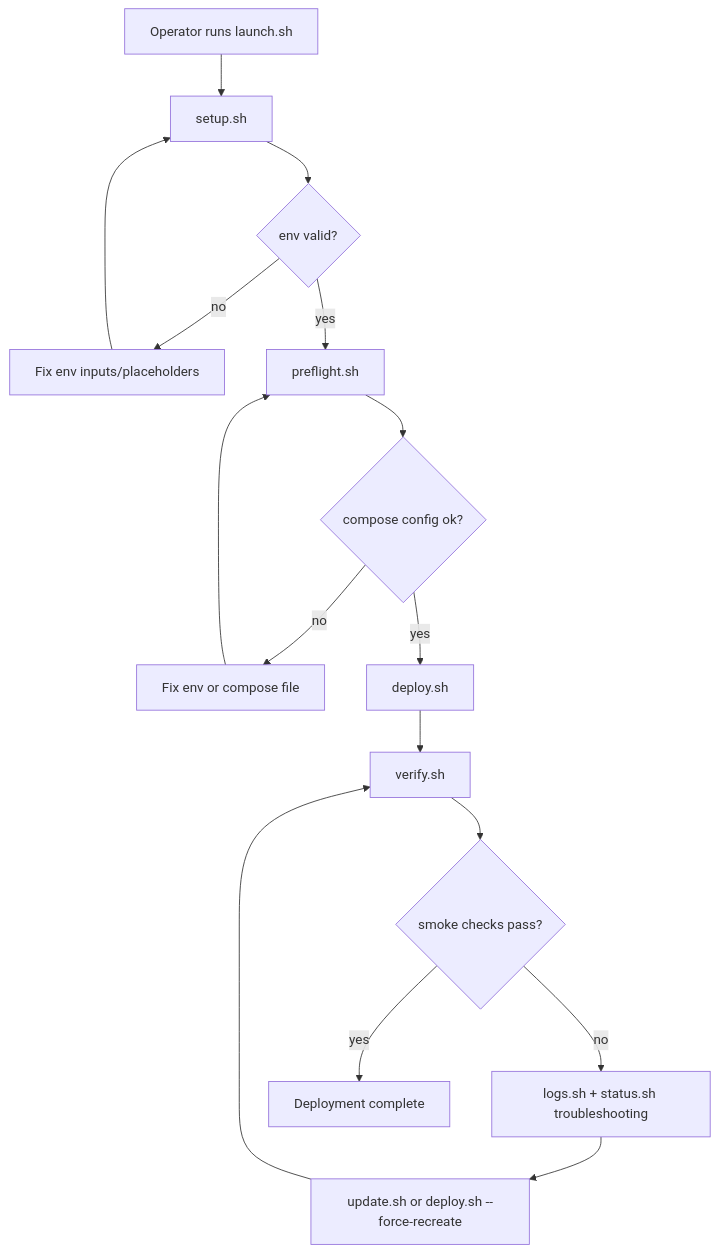
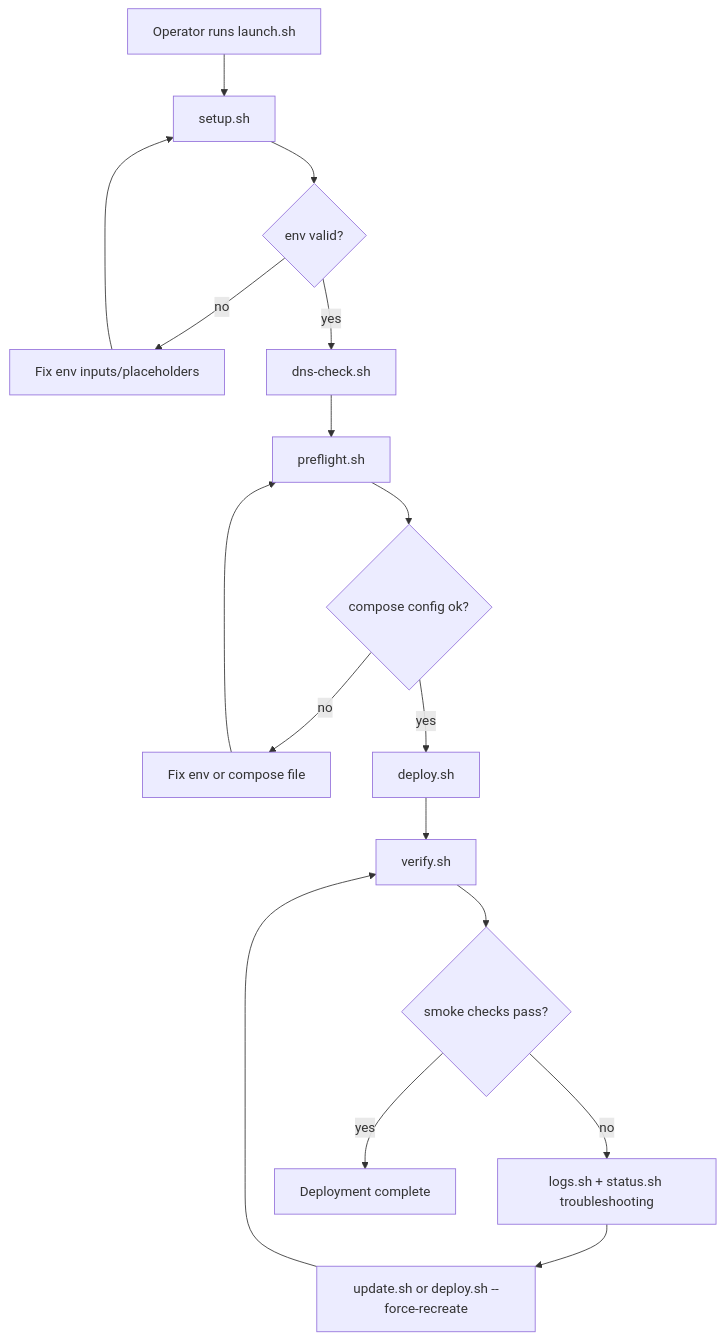
The first of 3 diagrams in deploy/ec2/FLOW.md (AmanVatsSharma/MailZen-Smart-Email-Management), drawn with Mermaid before and after one commit. The commit also changed 5 other files, not shown here.

````diff
--- a/deploy/ec2/FLOW.md
+++ b/deploy/ec2/FLOW.md
@@ -8,18 +8,19 @@
 ```mermaid
 flowchart TD
   Start[Operator runs launch.sh] --> Setup[setup.sh]
   Setup --> EnvOK{env valid?}
   EnvOK -- no --> FixEnv[Fix env inputs/placeholders]
   FixEnv --> Setup
-  EnvOK -- yes --> Preflight[preflight.sh]
+  EnvOK -- yes --> DnsCheck[dns-check.sh]
+  DnsCheck --> Preflight[preflight.sh]
   Preflight --> ComposeConfig{compose config ok?}
   ComposeConfig -- no --> FixConfig[Fix env or compose file]
   FixConfig --> Preflight
   ComposeConfig -- yes --> Deploy[deploy.sh]
   Deploy --> Verify[verify.sh]
   Verify --> VerifyOK{smoke checks pass?}
   VerifyOK -- no --> Logs[logs.sh + status.sh troubleshooting]
   Logs --> FixAndRedeploy[update.sh or deploy.sh --force-recreate]
   FixAndRedeploy --> Verify
   VerifyOK -- yes --> Done[Deployment complete]
 ```
````
